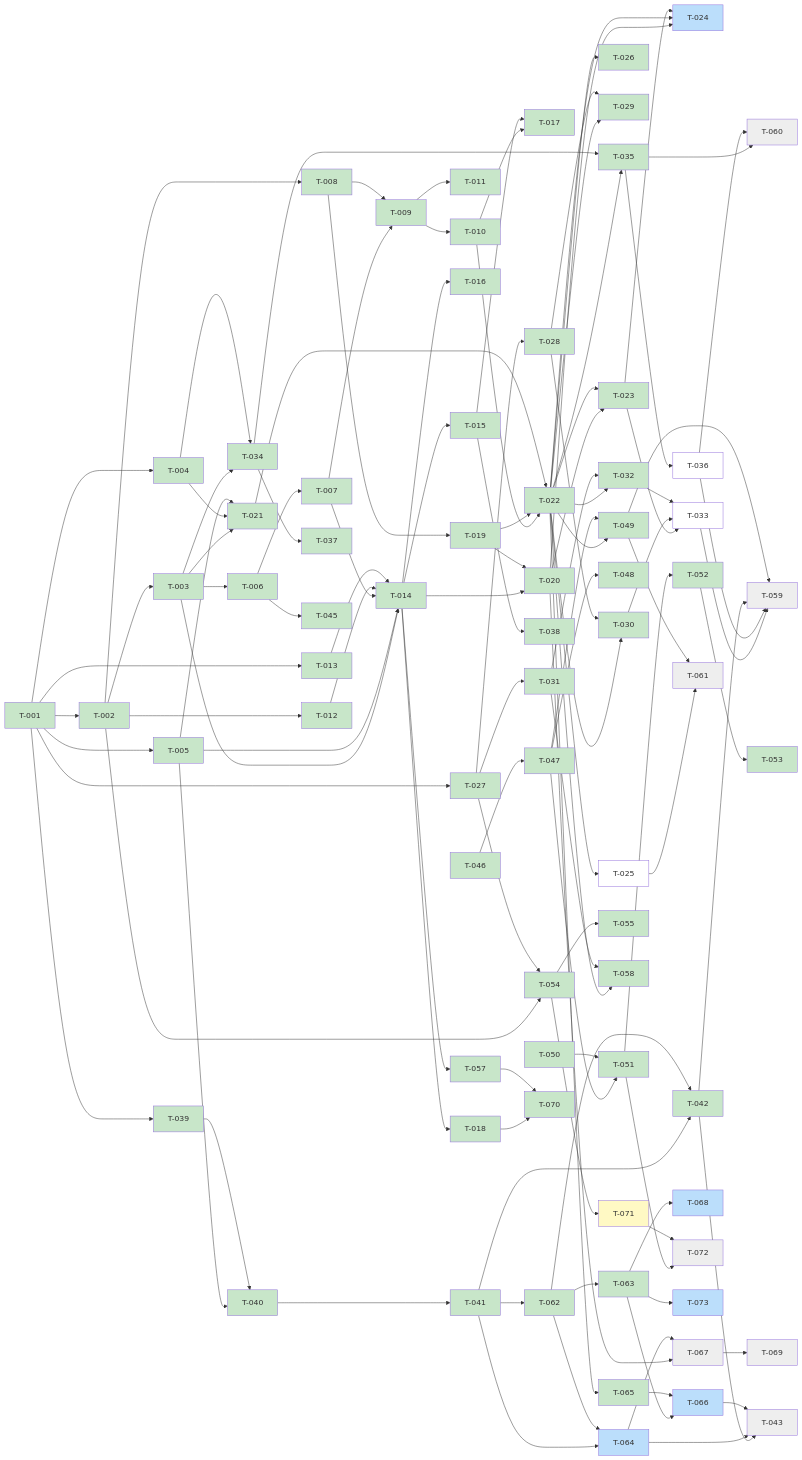
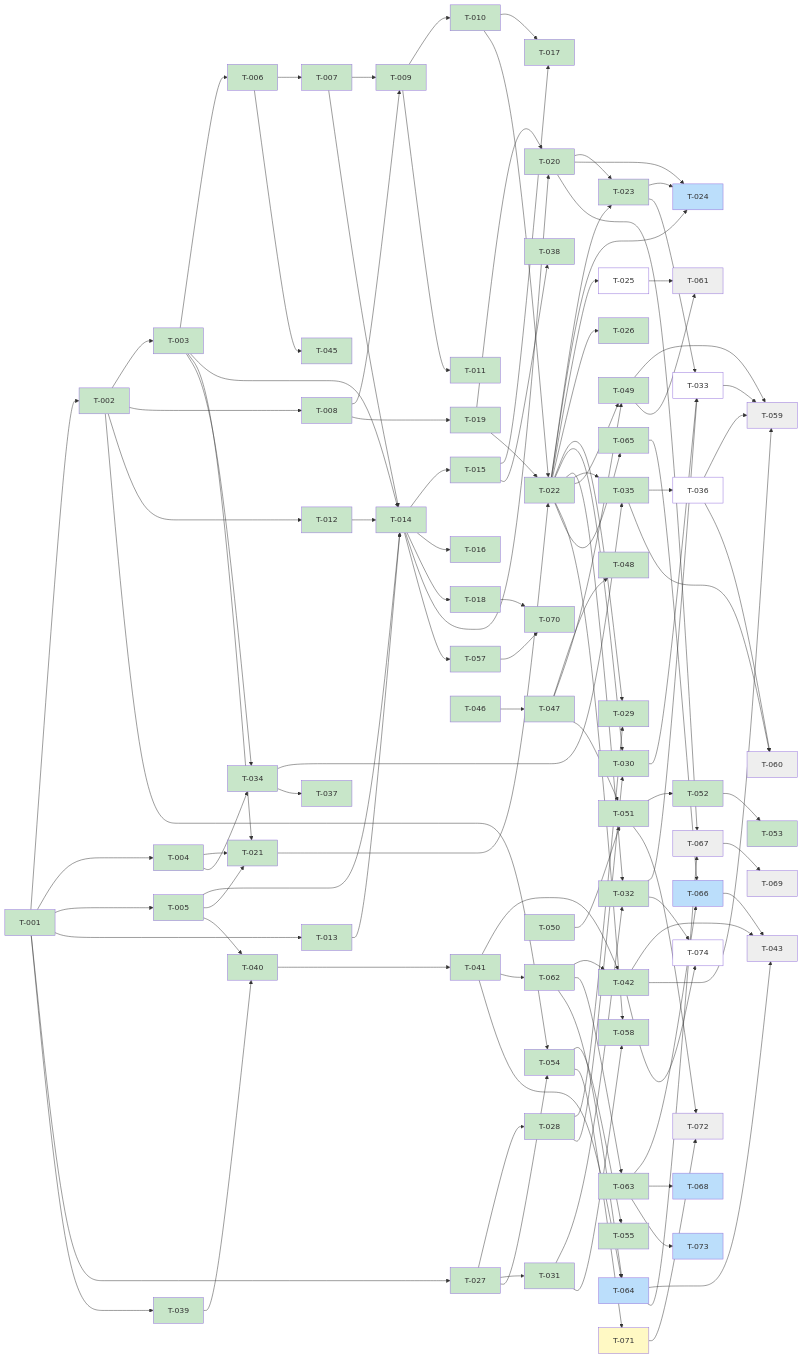
Before and after one commit to scholtz/biatec-chat: the diagram in kanban/BOARD.md, drawn with Mermaid. The commit also changed other lines of this file and 4 other files, not shown here.

````diff
--- a/kanban/BOARD.md
+++ b/kanban/BOARD.md
@@ -216,6 +217,8 @@
   T051[T-051] --> T072[T-072]
   T071[T-071] --> T072[T-072]
   T063[T-063] --> T073[T-073]
+  T032[T-032] --> T074[T-074]
+  T042[T-042] --> T074[T-074]
   classDef done fill:#c8e6c9
   classDef review fill:#fff9c4
   classDef inprogress fill:#bbdefb
@@ -224,6 +227,6 @@
   class T001,T002,T003,T004,T005,T006,T007,T008,T009,T010,T011,T012,T013,T014,T015,T016,T017,T018,T019,T020,T021,T022,T023,T026,T027,T028,T029,T030,T031,T032,T034,T035,T037,T038,T039,T040,T041,T042,T044,T045,T046,T047,T048,T049,T050,T051,T052,T053,T054,T055,T056,T057,T058,T062,T063,T065,T070 done
   class T071 review
   class T024,T064,T066,T068,T073 inprogress
-  class T033,T036,T025 backlog
+  class T033,T036,T025,T074 backlog
   class T059,T043,T072,T060,T061,T067,T069 blocked
 ```
````
